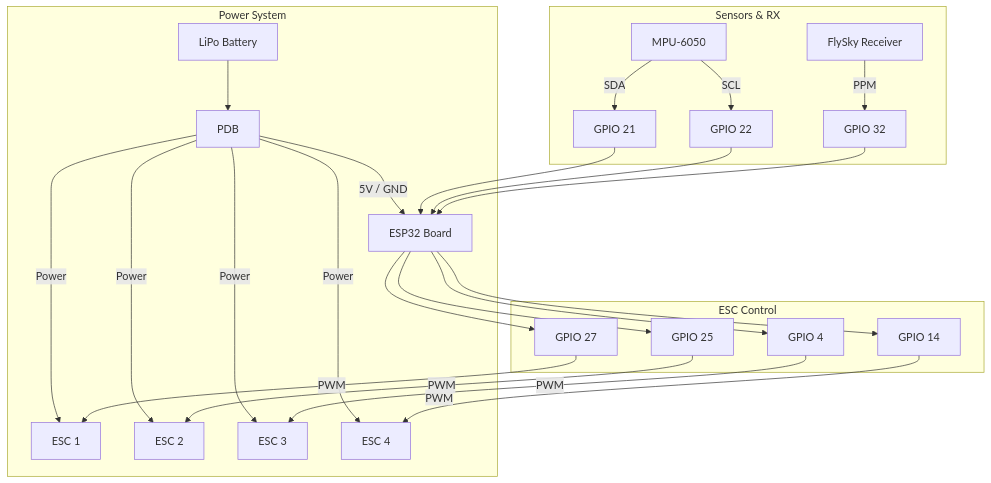
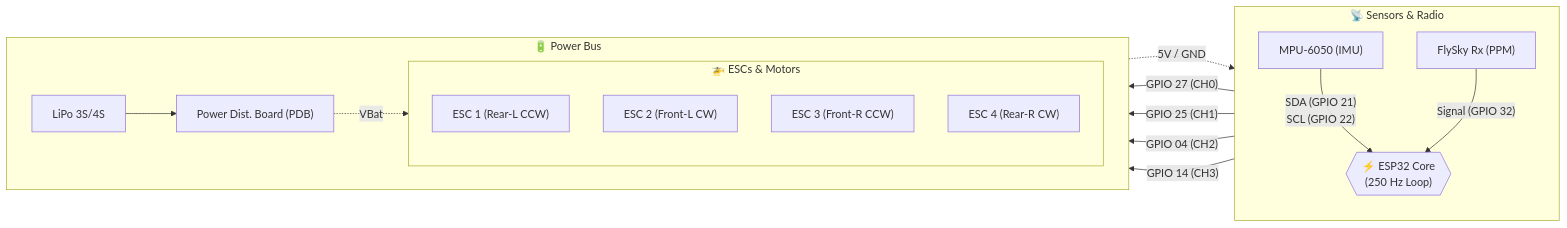
One commit to furkanuzumcu96/ESP32-F450-Flight-Controller changed the diagram in README.md. Above: the diagram before and after it, drawn with Mermaid. The commit also changed other lines of this file, not shown here.

Commit message:
README.md

````diff
--- a/README.md
+++ b/README.md
@@ -74,32 +74,25 @@
 ```mermaid
-flowchart TD
-    subgraph POWER[Power System]
-        BATT[LiPo Battery] --> PDB[PDB]
-        PDB -->|5V / GND| ESP32[ESP32 Board]
-        PDB -->|Power| ESC1[ESC 1]
-        PDB -->|Power| ESC2[ESC 2]
-        PDB -->|Power| ESC3[ESC 3]
-        PDB -->|Power| ESC4[ESC 4]
+flowchart LR
+    subgraph SENSORS ["📡 Sensors & Radio"]
+        direction TB
+        MPU["MPU-6050 (IMU)"] -- "SDA (GPIO 21)<br/>SCL (GPIO 22)" --> ESP
+        RX["FlySky Rx (PPM)"] -- "Signal (GPIO 32)" --> ESP
     end
 
-    subgraph SENSORS[Sensors & RX]
-        MPU[MPU-6050] -->|SDA| G21[GPIO 21]
-        MPU -->|SCL| G22[GPIO 22]
-        RX[FlySky Receiver] -->|PPM| G32[GPIO 32]
+    ESP{{"⚡ ESP32 Core<br/>(250 Hz Loop)"}}
+
+    subgraph ACTUATORS ["🚁 ESCs & Motors"]
+        direction TB
+        ESP -- "GPIO 27 (CH0)" --> M1["ESC 1 (Rear-L CCW)"]
+        ESP -- "GPIO 25 (CH1)" --> M2["ESC 2 (Front-L CW)"]
+        ESP -- "GPIO 04 (CH2)" --> M3["ESC 3 (Front-R CCW)"]
+        ESP -- "GPIO 14 (CH3)" --> M4["ESC 4 (Rear-R CW)"]
     end
 
-    subgraph MOTORS[ESC Control]
-        G27[GPIO 27] -->|PWM| ESC1
-        G25[GPIO 25] -->|PWM| ESC2
-        G4[GPIO 4] -->|PWM| ESC3
-        G14[GPIO 14] -->|PWM| ESC4
+    subgraph POWER ["🔋 Power Bus"]
+        direction LR
+        BATT["LiPo 3S/4S"] --> PDB["Power Dist. Board (PDB)"]
+        PDB -. "5V / GND" .-> ESP
+        PDB -. "VBat" .-> ACTUATORS
     end
-
-    G21 --> ESP32
-    G22 --> ESP32
-    G32 --> ESP32
-    ESP32 --> G27
-    ESP32 --> G25
-    ESP32 --> G4
-    ESP32 --> G14
 ```
````
